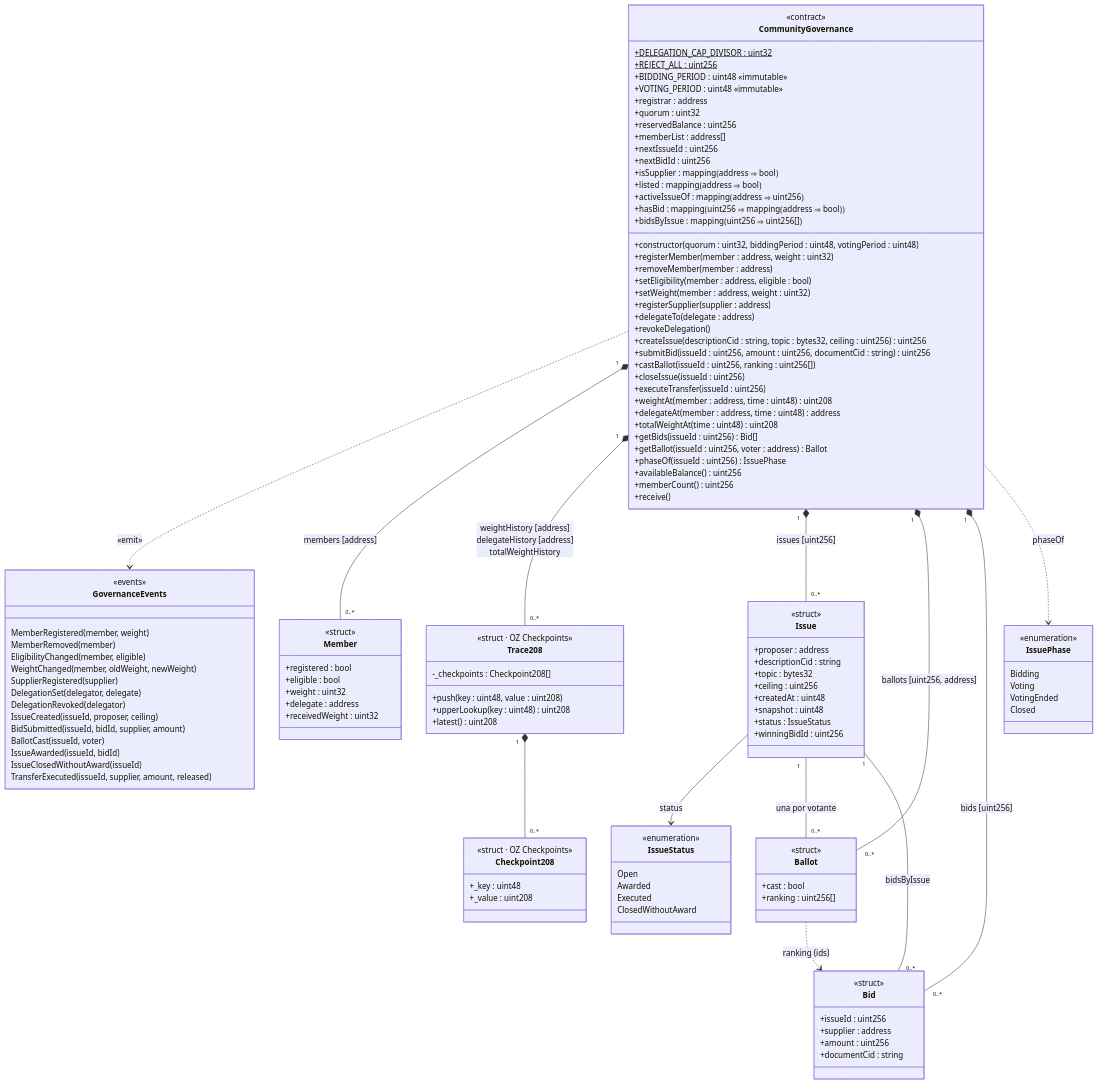
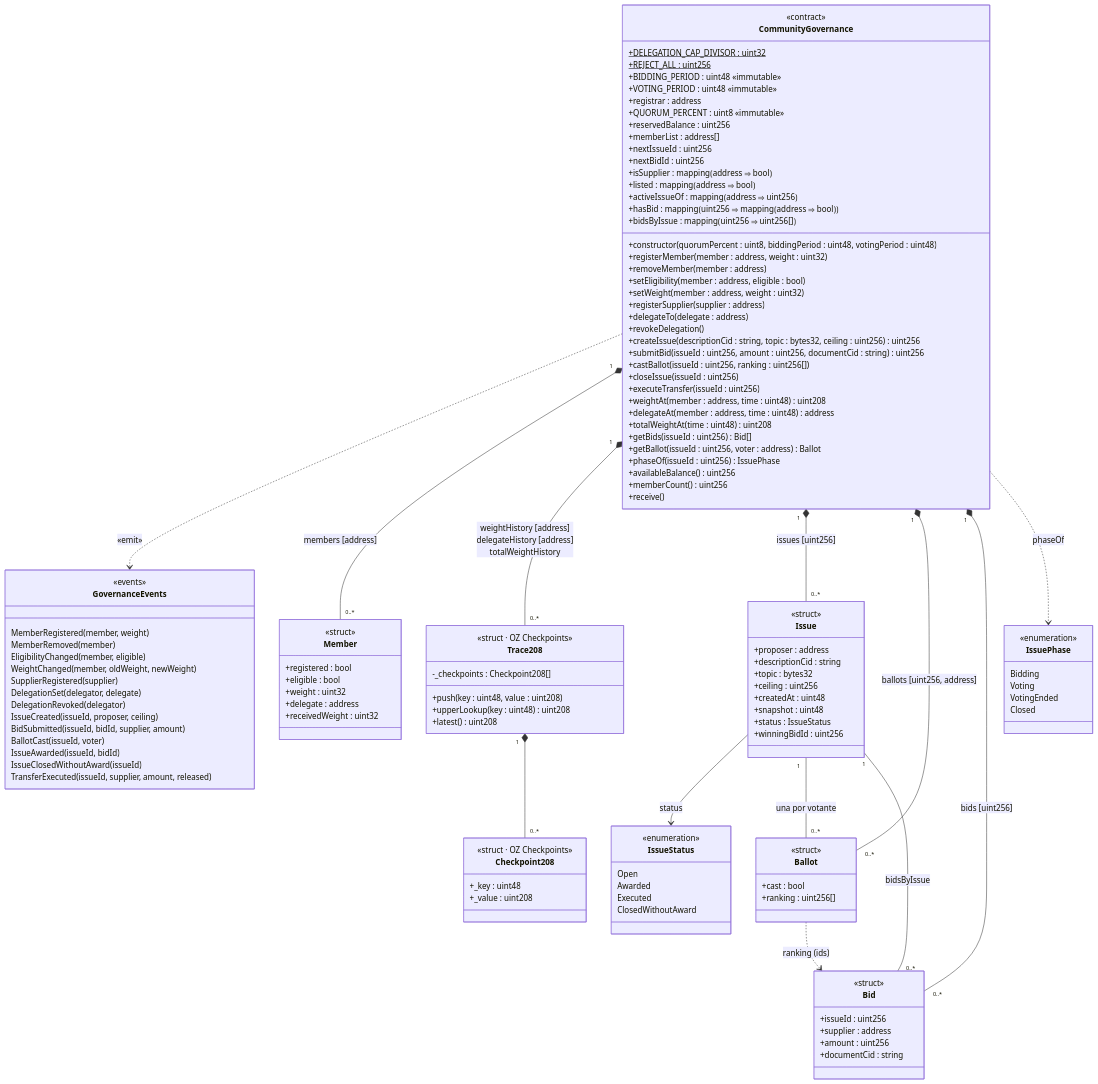
The diagram in docs/diagramas/fig04-class-diagram.mmd (NASQWERTY/thesis), drawn with Mermaid before and after one commit. The commit also changed 17 other files, not shown here.

```diff
--- a/docs/diagramas/fig04-class-diagram.mmd
+++ b/docs/diagramas/fig04-class-diagram.mmd
@@ -1,138 +1,138 @@
 classDiagram
 direction TB
 
 class CommunityGovernance {
   <<contract>>
   +DELEGATION_CAP_DIVISOR : uint32$
   +REJECT_ALL : uint256$
   +BIDDING_PERIOD : uint48 «immutable»
   +VOTING_PERIOD : uint48 «immutable»
   +registrar : address
-  +quorum : uint32
+  +QUORUM_PERCENT : uint8 «immutable»
   +reservedBalance : uint256
   +memberList : address[]
   +nextIssueId : uint256
   +nextBidId : uint256
   +isSupplier : mapping⟮address ⇒ bool⟯
   +listed : mapping⟮address ⇒ bool⟯
   +activeIssueOf : mapping⟮address ⇒ uint256⟯
   +hasBid : mapping⟮uint256 ⇒ mapping⟮address ⇒ bool⟯⟯
   +bidsByIssue : mapping⟮uint256 ⇒ uint256[]⟯
-  +constructor(quorum : uint32, biddingPeriod : uint48, votingPeriod : uint48)
+  +constructor(quorumPercent : uint8, biddingPeriod : uint48, votingPeriod : uint48)
   +registerMember(member : address, weight : uint32)
   +removeMember(member : address)
   +setEligibility(member : address, eligible : bool)
   +setWeight(member : address, weight : uint32)
   +registerSupplier(supplier : address)
   +delegateTo(delegate : address)
   +revokeDelegation()
   +createIssue(descriptionCid : string, topic : bytes32, ceiling : uint256) uint256
   +submitBid(issueId : uint256, amount : uint256, documentCid : string) uint256
   +castBallot(issueId : uint256, ranking : uint256[])
   +closeIssue(issueId : uint256)
   +executeTransfer(issueId : uint256)
   +weightAt(member : address, time : uint48) uint208
   +delegateAt(member : address, time : uint48) address
   +totalWeightAt(time : uint48) uint208
   +getBids(issueId : uint256) Bid[]
   +getBallot(issueId : uint256, voter : address) Ballot
   +phaseOf(issueId : uint256) IssuePhase
   +availableBalance() uint256
   +memberCount() uint256
   +receive()
 }
 
 class GovernanceEvents {
   <<events>>
   MemberRegistered(member, weight)
   MemberRemoved(member)
   EligibilityChanged(member, eligible)
   WeightChanged(member, oldWeight, newWeight)
   SupplierRegistered(supplier)
   DelegationSet(delegator, delegate)
   DelegationRevoked(delegator)
   IssueCreated(issueId, proposer, ceiling)
   BidSubmitted(issueId, bidId, supplier, amount)
   BallotCast(issueId, voter)
   IssueAwarded(issueId, bidId)
   IssueClosedWithoutAward(issueId)
   TransferExecuted(issueId, supplier, amount, released)
 }
 
 class Member {
   <<struct>>
   +registered : bool
   +eligible : bool
   +weight : uint32
   +delegate : address
   +receivedWeight : uint32
 }
 
 class Trace208 {
   <<struct · OZ Checkpoints>>
   -_checkpoints : Checkpoint208[]
   +push(key : uint48, value : uint208)
   +upperLookup(key : uint48) uint208
   +latest() uint208
 }
 
 class Checkpoint208 {
   <<struct · OZ Checkpoints>>
   +_key : uint48
   +_value : uint208
 }
 
 class Issue {
   <<struct>>
   +proposer : address
   +descriptionCid : string
   +topic : bytes32
   +ceiling : uint256
   +createdAt : uint48
   +snapshot : uint48
   +status : IssueStatus
   +winningBidId : uint256
 }
 
 class IssueStatus {
   <<enumeration>>
   Open
   Awarded
   Executed
   ClosedWithoutAward
 }
 
 class IssuePhase {
   <<enumeration>>
   Bidding
   Voting
   VotingEnded
   Closed
 }
 
 class Ballot {
   <<struct>>
   +cast : bool
   +ranking : uint256[]
 }
 
 class Bid {
   <<struct>>
   +issueId : uint256
   +supplier : address
   +amount : uint256
   +documentCid : string
 }
 
 CommunityGovernance ..> GovernanceEvents : «emit»
 CommunityGovernance "1" *-- "0..*" Member : members [address]
 CommunityGovernance "1" *-- "0..*" Trace208 : weightHistory [address]<br>delegateHistory [address]<br>totalWeightHistory
 CommunityGovernance "1" *-- "0..*" Issue : issues [uint256]
 CommunityGovernance "1" *-- "0..*" Ballot : ballots [uint256, address]
 CommunityGovernance "1" *-- "0..*" Bid : bids [uint256]
 CommunityGovernance ..> IssuePhase : phaseOf
 Trace208 "1" *-- "0..*" Checkpoint208
 Issue --> IssueStatus : status
 Issue "1" -- "0..*" Ballot : una por votante
 Issue "1" -- "0..*" Bid : bidsByIssue
 Ballot ..> Bid : ranking (ids)
```
